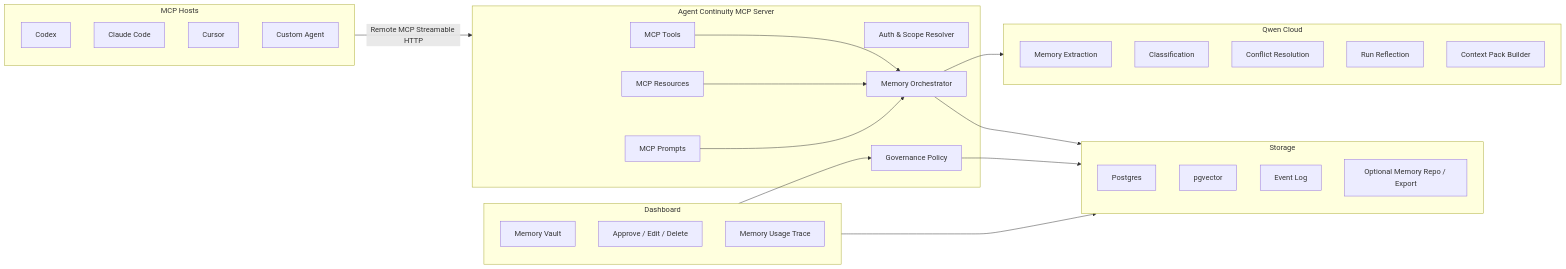
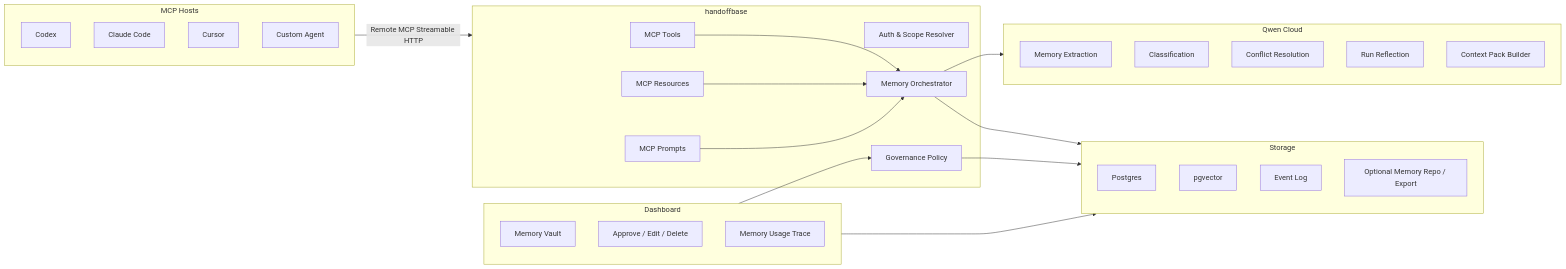
Before and after one commit to jensonChow/handoffbase: the first of 3 diagrams in docs/technical-design.md, drawn with Mermaid. The commit also changed other lines of this file and 38 other files, not shown here.

````diff
--- a/docs/technical-design.md
+++ b/docs/technical-design.md
@@ -72,49 +72,49 @@
 ```mermaid
 flowchart LR
   subgraph Hosts["MCP Hosts"]
     Codex["Codex"]
     Claude["Claude Code"]
     Cursor["Cursor"]
     Custom["Custom Agent"]
   end
 
-  subgraph MCP["Agent Continuity MCP Server"]
+  subgraph MCP["handoffbase"]
     Tools["MCP Tools"]
     Resources["MCP Resources"]
     Prompts["MCP Prompts"]
     Auth["Auth & Scope Resolver"]
     Orchestrator["Memory Orchestrator"]
     Governance["Governance Policy"]
   end
 
   subgraph Reasoning["Qwen Cloud"]
     Extractor["Memory Extraction"]
     Classifier["Classification"]
     Conflict["Conflict Resolution"]
     Reflector["Run Reflection"]
     Packer["Context Pack Builder"]
   end
 
   subgraph Storage["Storage"]
     Pg["Postgres"]
     Vec["pgvector"]
     Log["Event Log"]
     Files["Optional Memory Repo / Export"]
   end
 
   subgraph UI["Dashboard"]
     Vault["Memory Vault"]
     Review["Approve / Edit / Delete"]
     Trace["Memory Usage Trace"]
   end
 
   Hosts -->|Remote MCP Streamable HTTP| MCP
   Tools --> Orchestrator
   Resources --> Orchestrator
   Prompts --> Orchestrator
   Orchestrator --> Reasoning
   Orchestrator --> Storage
   Governance --> Storage
   UI --> Storage
   UI --> Governance
 ```
````
